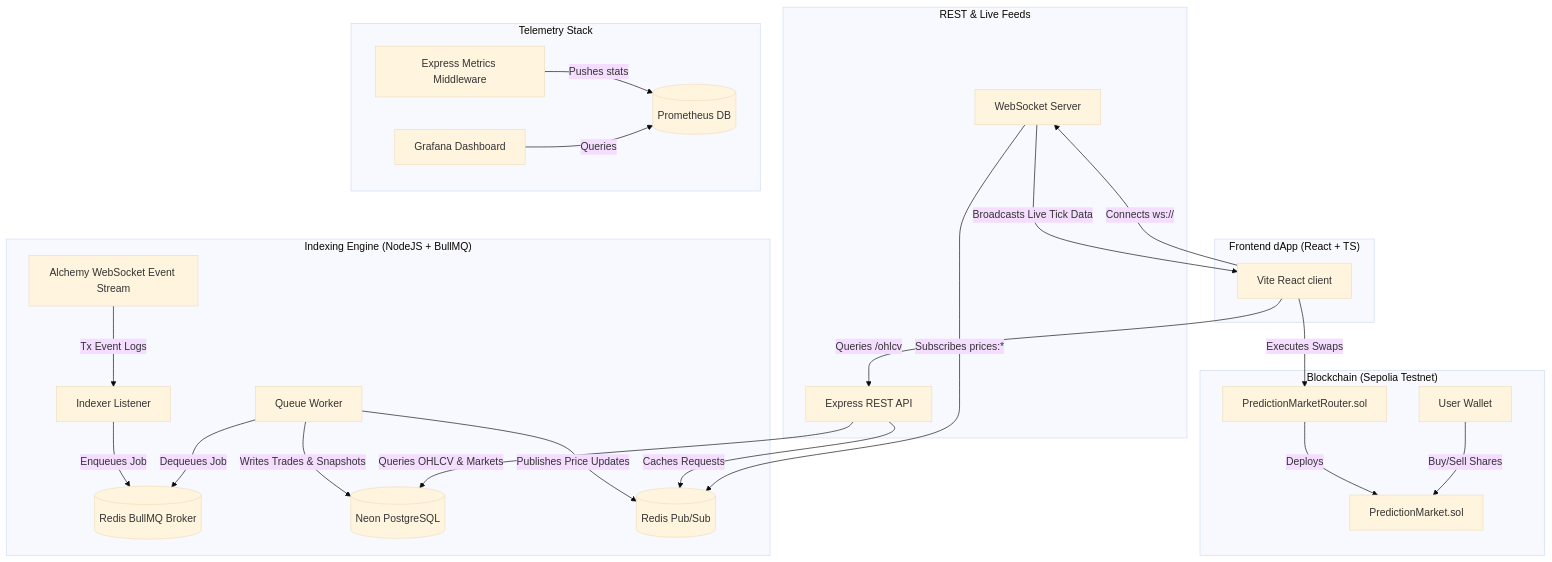
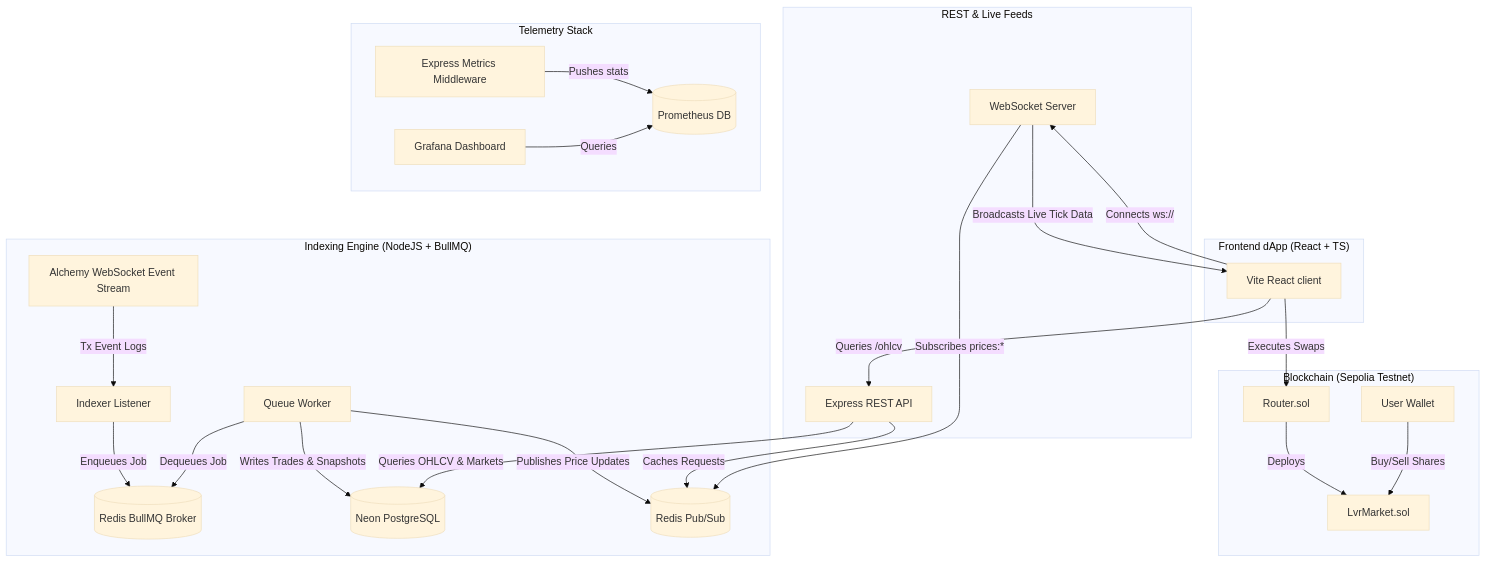
One commit to Abhijay05/prediction_market changed the diagram in README.md. Above: the diagram before and after it, drawn with Mermaid (base theme). The commit also changed other lines of this file and 2 other files, not shown here.

````diff
--- a/README.md
+++ b/README.md
@@ -51,54 +76,54 @@
 ```mermaid
 graph TD
   subgraph "Blockchain (Sepolia Testnet)"
-    Router[PredictionMarketRouter.sol]
-    PM[PredictionMarket.sol]
+    Router[Router.sol]
+    PM[LvrMarket.sol]
     Trader[User Wallet]
   end
 
   subgraph "Indexing Engine (NodeJS + BullMQ)"
     Alchemy[Alchemy WebSocket Event Stream]
     Listener[Indexer Listener]
     RedisQ[(Redis BullMQ Broker)]
     Worker[Queue Worker]
     PG[(Neon PostgreSQL)]
     RedisPub[(Redis Pub/Sub)]
   end
 
   subgraph "REST & Live Feeds"
     API[Express REST API]
     WSS[WebSocket Server]
   end
 
   subgraph "Frontend dApp (React + TS)"
     Frontend[Vite React client]
   end
 
   subgraph "Telemetry Stack"
     Metrics[Express Metrics Middleware]
     Prometheus[(Prometheus DB)]
     Grafana[Grafana Dashboard]
   end
 
   %% Connections
   Router -->|Deploys| PM
   Trader -->|Buy/Sell Shares| PM
   Frontend -->|Executes Swaps| Router
 
   Alchemy -->|Tx Event Logs| Listener
   Listener -->|Enqueues Job| RedisQ
   Worker -->|Dequeues Job| RedisQ
   Worker -->|Writes Trades & Snapshots| PG
   Worker -->|Publishes Price Updates| RedisPub
 
   API -->|Queries OHLCV & Markets| PG
   API -->|Caches Requests| RedisPub
   WSS -->|Subscribes prices:*| RedisPub
   WSS -->|Broadcasts Live Tick Data| Frontend
 
   Frontend -->|Connects ws://| WSS
   Frontend -->|Queries /ohlcv| API
 
   Metrics -->|Pushes stats| Prometheus
   Grafana -->|Queries| Prometheus
 ```
````
